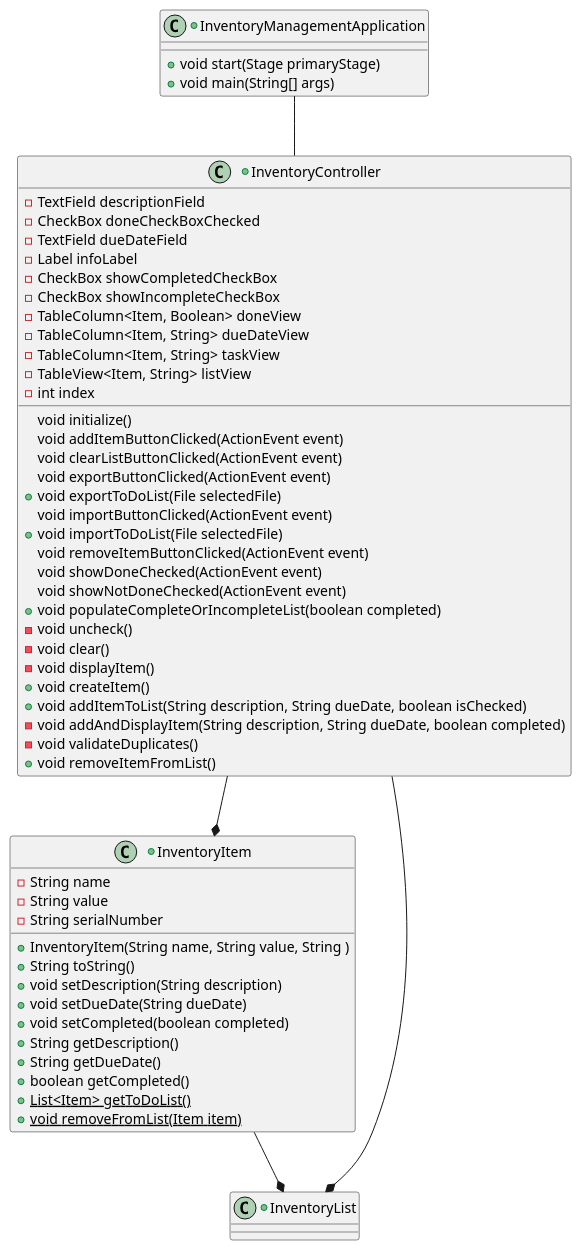
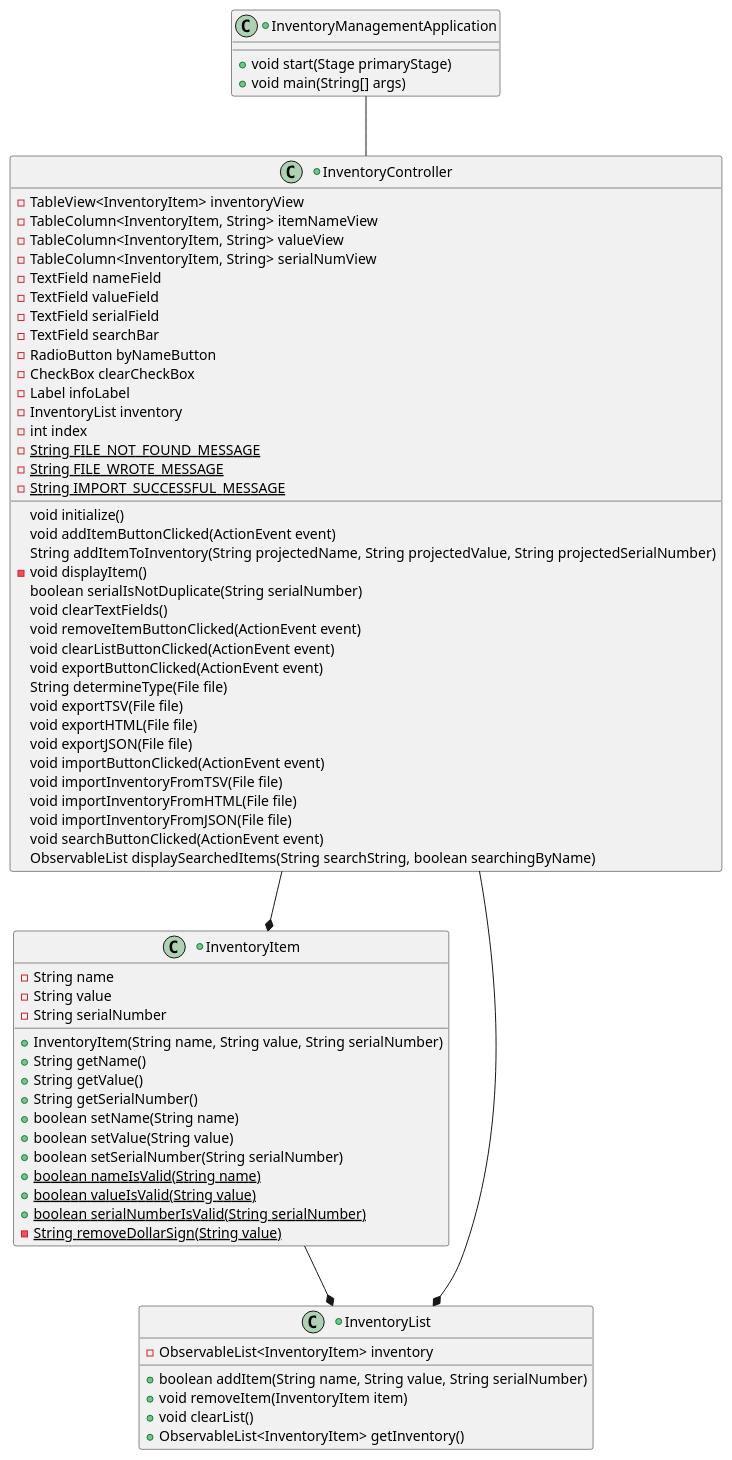
Before and after one commit to peteperri/perri-app2: the diagram in docs/app2Diagram.puml, drawn with PlantUML. The commit also changed 11 other files, not shown here.

```diff
--- a/docs/app2Diagram.puml
+++ b/docs/app2Diagram.puml
@@ -1,69 +1,81 @@
 @startuml
 'https://plantuml.com/class-diagram
 
 +class InventoryManagementApplication{
 +void start(Stage primaryStage)
 +void main(String[] args)
 }
 
 +class InventoryItem{
 -String name
 -String value
 -String serialNumber
-+InventoryItem(String name, String value, String )
-+String toString()
-+void setDescription(String description)
-+void setDueDate(String dueDate)
-+void setCompleted(boolean completed)
-+String getDescription()
-+String getDueDate()
-+boolean getCompleted()
-+{static} List<Item> getToDoList()
-+{static} void removeFromList(Item item)
++InventoryItem(String name, String value, String serialNumber)
++String getName()
++String getValue()
++String getSerialNumber()
++boolean setName(String name)
++boolean setValue(String value)
++boolean setSerialNumber(String serialNumber)
++{static} boolean nameIsValid(String name)
++{static} boolean valueIsValid(String value)
++{static} boolean serialNumberIsValid(String serialNumber)
+-{static} String removeDollarSign(String value)
 }
 
 +class InventoryController{
--TextField descriptionField
--CheckBox doneCheckBoxChecked
--TextField dueDateField
+-TableView<InventoryItem> inventoryView
+-TableColumn<InventoryItem, String> itemNameView
+-TableColumn<InventoryItem, String> valueView
+-TableColumn<InventoryItem, String> serialNumView
+-TextField nameField
+-TextField valueField
+-TextField serialField
+-TextField searchBar
+-RadioButton byNameButton
+-CheckBox clearCheckBox
 -Label infoLabel
--CheckBox showCompletedCheckBox
--CheckBox showIncompleteCheckBox
--TableColumn<Item, Boolean> doneView
--TableColumn<Item, String> dueDateView
--TableColumn<Item, String> taskView
--TableView<Item, String> listView
+-InventoryList inventory
 -int index
+-{static} String FILE_NOT_FOUND_MESSAGE
+-{static}  String FILE_WROTE_MESSAGE
+-{static} String IMPORT_SUCCESSFUL_MESSAGE
+
 void initialize()
 void addItemButtonClicked(ActionEvent event)
+String addItemToInventory(String projectedName, String projectedValue, String projectedSerialNumber)
+-void displayItem()
+boolean serialIsNotDuplicate(String serialNumber)
+void clearTextFields()
+void removeItemButtonClicked(ActionEvent event)
 void clearListButtonClicked(ActionEvent event)
 void exportButtonClicked(ActionEvent event)
-+void exportToDoList(File selectedFile)
+String determineType(File file)
+void exportTSV(File file)
+void exportHTML(File file)
+void exportJSON(File file)
 void importButtonClicked(ActionEvent event)
-+void importToDoList(File selectedFile)
-void removeItemButtonClicked(ActionEvent event)
-void showDoneChecked(ActionEvent event)
-void showNotDoneChecked(ActionEvent event)
-+void populateCompleteOrIncompleteList(boolean completed)
--void uncheck()
--void clear()
--void displayItem()
-+void createItem()
-+void addItemToList(String description, String dueDate, boolean isChecked)
--void addAndDisplayItem(String description, String dueDate, boolean completed)
--void validateDuplicates()
-+void removeItemFromList()
+void importInventoryFromTSV(File file)
+void importInventoryFromHTML(File file)
+void importInventoryFromJSON(File file)
+void searchButtonClicked(ActionEvent event)
+ObservableList displaySearchedItems(String searchString, boolean searchingByName)
+
 }
 
 +class InventoryList{
-
+- ObservableList<InventoryItem> inventory
++boolean addItem(String name, String value, String serialNumber)
++void removeItem(InventoryItem item)
++void clearList()
++ObservableList<InventoryItem> getInventory()
 }
 
 
 InventoryManagementApplication -- InventoryController
 InventoryController --* InventoryItem
 InventoryController --* InventoryList
 InventoryItem --* InventoryList
 
 
 @enduml
```
